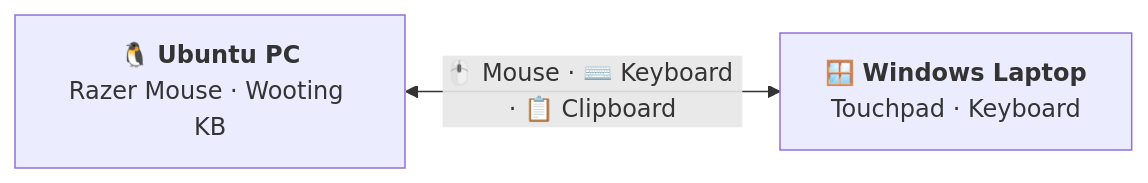
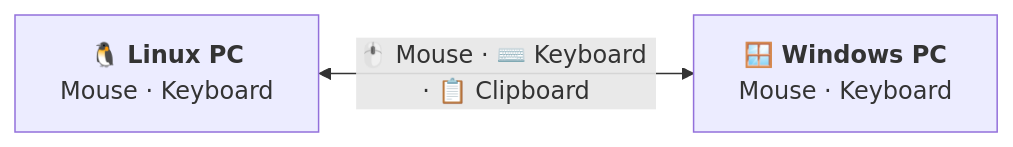
Before and after one commit to lucky-verma/mwb-linux: the diagram in README.md, drawn with Mermaid. The commit also changed other lines of this file and 3 other files, not shown here.

````diff
--- a/README.md
+++ b/README.md
@@ -31,4 +31,4 @@
 ```mermaid
 flowchart LR
-    A["🐧 <b>Ubuntu PC</b><br/>Razer Mouse · Wooting KB"] <-->|" 🖱️ Mouse · ⌨️ Keyboard · 📋 Clipboard "| B["🪟 <b>Windows Laptop</b><br/>Touchpad · Keyboard"]
+    A["🐧 <b>Linux PC</b><br/>Mouse · Keyboard"] <-->|" 🖱️ Mouse · ⌨️ Keyboard · 📋 Clipboard "| B["🪟 <b>Windows PC</b><br/>Mouse · Keyboard"]
 ```
````
